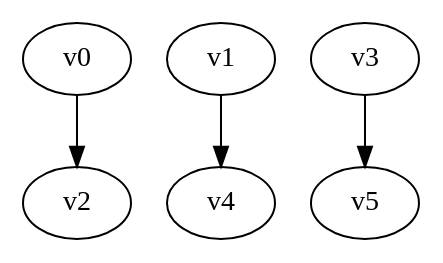
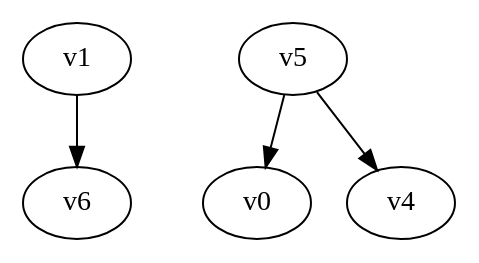
Before and after one commit to yadej/graph_project: the diagram in digraph.dot, drawn with Graphviz. The commit also changed 3 other files, not shown here.

```diff
--- a/digraph.dot
+++ b/digraph.dot
@@ -1,5 +1,5 @@
 digraph G { 
-v0 -> v2;
-v1 -> v4;
-v3 -> v5;
+v1 -> v6;
+v5 -> v0;
+v5 -> v4;
 }
```
